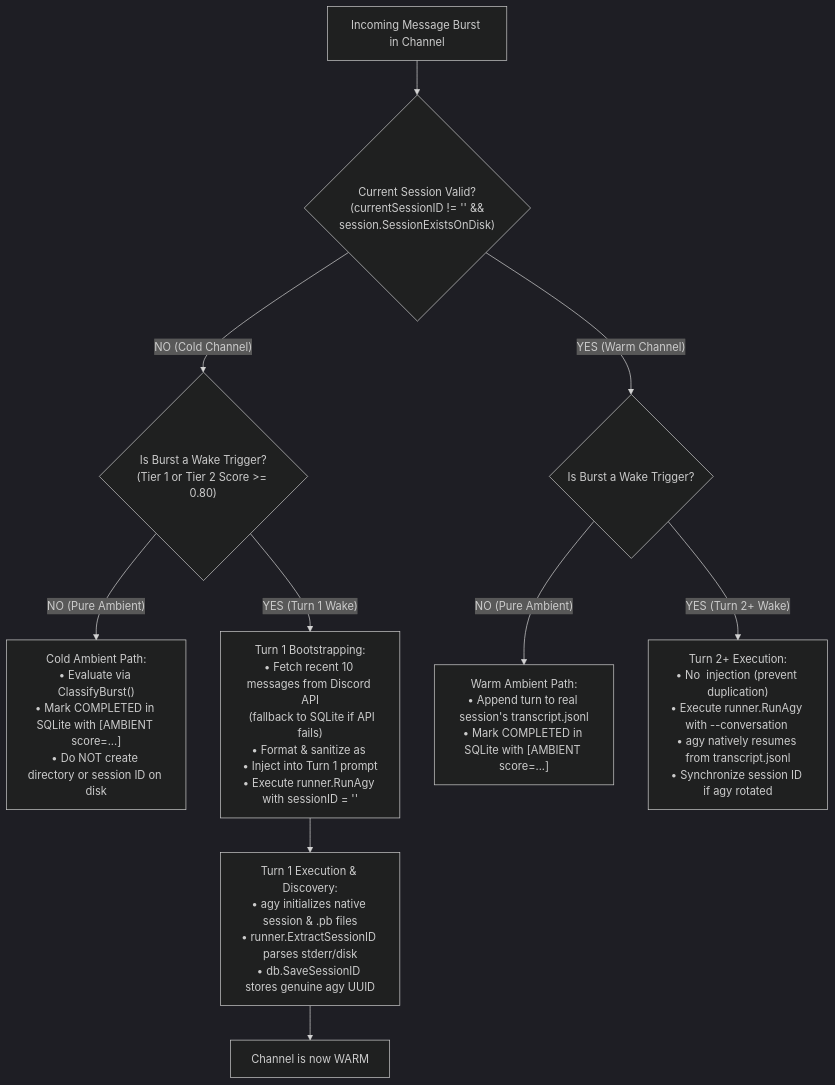
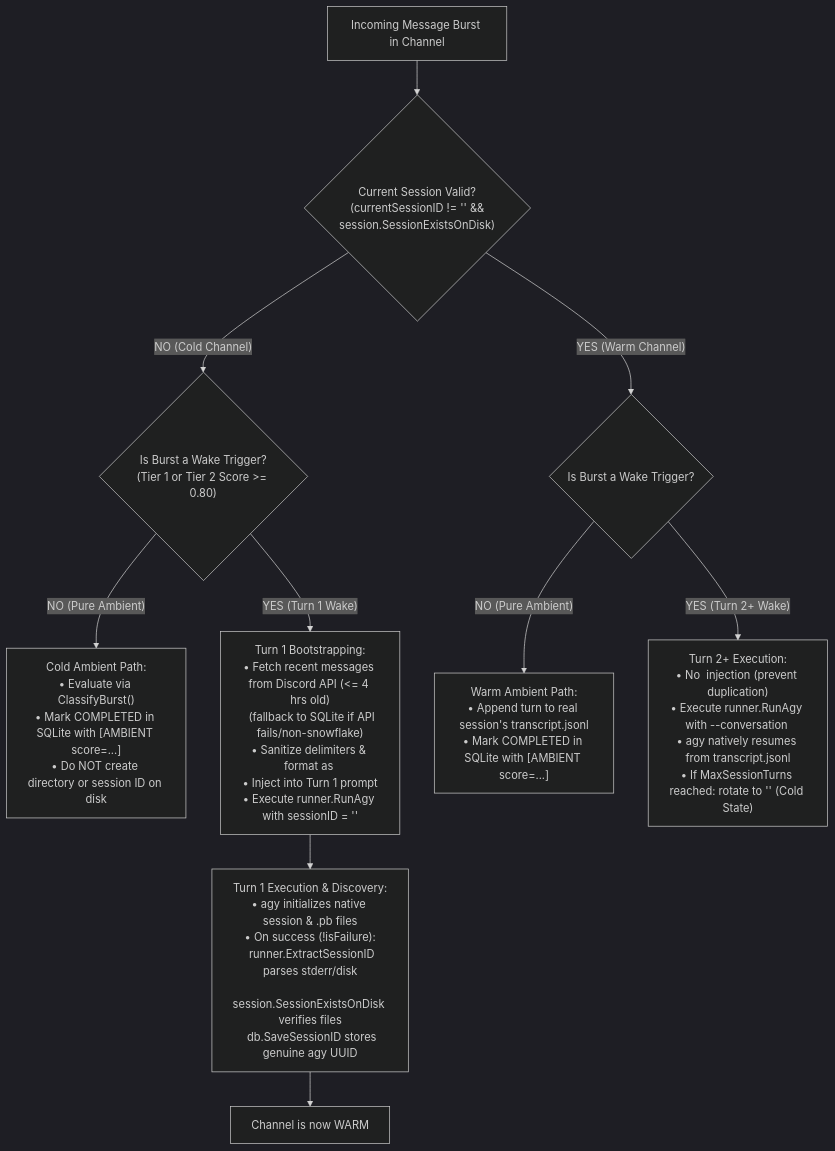
One commit to azylman/aerial changed the diagram in docs/superpowers/specs/2026-09-03-session-lifecycle-and-context-bootstrapping-design.md. Above: the diagram before and after it, drawn with Mermaid (dark theme). The commit also changed other lines of this file, not shown here.

Commit message:
docs(spec): integrate 4-expert review panel safeguards into session lifecycle spec

````diff
--- a/docs/superpowers/specs/2026-09-03-session-lifecycle-and-context-bootstrapping-design.md
+++ b/docs/superpowers/specs/2026-09-03-session-lifecycle-and-context-bootstrapping-design.md
@@ -51,19 +51,19 @@
 ```mermaid
 flowchart TD
     A["Incoming Message Burst in Channel"] --> B{"Current Session Valid?<br/>(currentSessionID != '' &&<br/>session.SessionExistsOnDisk)"}
     
     %% COLD PATH
     B -- "NO (Cold Channel)" --> C{"Is Burst a Wake Trigger?<br/>(Tier 1 or Tier 2 Score >= 0.80)"}
     C -- "NO (Pure Ambient)" --> D["Cold Ambient Path:<br/>• Evaluate via ClassifyBurst()<br/>• Mark COMPLETED in SQLite with [AMBIENT score=...]<br/>• Do NOT create directory or session ID on disk"]
     
-    C -- "YES (Turn 1 Wake)" --> E["Turn 1 Bootstrapping:<br/>• Fetch recent 10 messages from Discord API<br/>  (fallback to SQLite if API fails)<br/>• Format & sanitize as <CHANNEL_HISTORY><br/>• Inject into Turn 1 prompt<br/>• Execute runner.RunAgy with sessionID = ''"]
+    C -- "YES (Turn 1 Wake)" --> E["Turn 1 Bootstrapping:<br/>• Fetch recent messages from Discord API (<= 4 hrs old)<br/>  (fallback to SQLite if API fails/non-snowflake)<br/>• Sanitize delimiters & format as <CHANNEL_HISTORY><br/>• Inject into Turn 1 prompt<br/>• Execute runner.RunAgy with sessionID = ''"]
     
-    E --> F["Turn 1 Execution & Discovery:<br/>• agy initializes native session & .pb files<br/>• runner.ExtractSessionID parses stderr/disk<br/>• db.SaveSessionID stores genuine agy UUID"]
+    E --> F["Turn 1 Execution & Discovery:<br/>• agy initializes native session & .pb files<br/>• On success (!isFailure):<br/>  runner.ExtractSessionID parses stderr/disk<br/>  session.SessionExistsOnDisk verifies files<br/>  db.SaveSessionID stores genuine agy UUID"]
     F --> G["Channel is now WARM"]
     
     %% WARM PATH
     B -- "YES (Warm Channel)" --> H{"Is Burst a Wake Trigger?"}
     H -- "NO (Pure Ambient)" --> I["Warm Ambient Path:<br/>• Append turn to real session's transcript.jsonl<br/>• Mark COMPLETED in SQLite with [AMBIENT score=...]"]
     
-    H -- "YES (Turn 2+ Wake)" --> J["Turn 2+ Execution:<br/>• No <CHANNEL_HISTORY> injection (prevent duplication)<br/>• Execute runner.RunAgy with --conversation <currentSessionID><br/>• agy natively resumes from transcript.jsonl<br/>• Synchronize session ID if agy rotated"]
+    H -- "YES (Turn 2+ Wake)" --> J["Turn 2+ Execution:<br/>• No <CHANNEL_HISTORY> injection (prevent duplication)<br/>• Execute runner.RunAgy with --conversation <currentSessionID><br/>• agy natively resumes from transcript.jsonl<br/>• If MaxSessionTurns reached: rotate to '' (Cold State)"]
 ```
````
